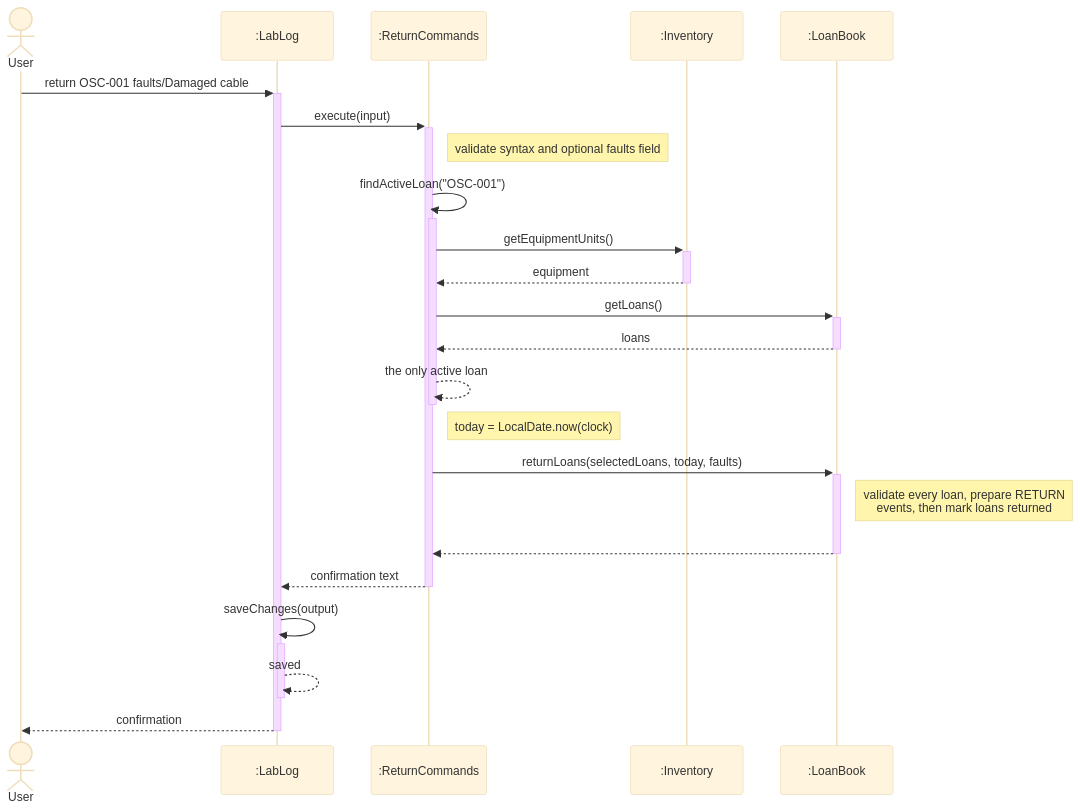
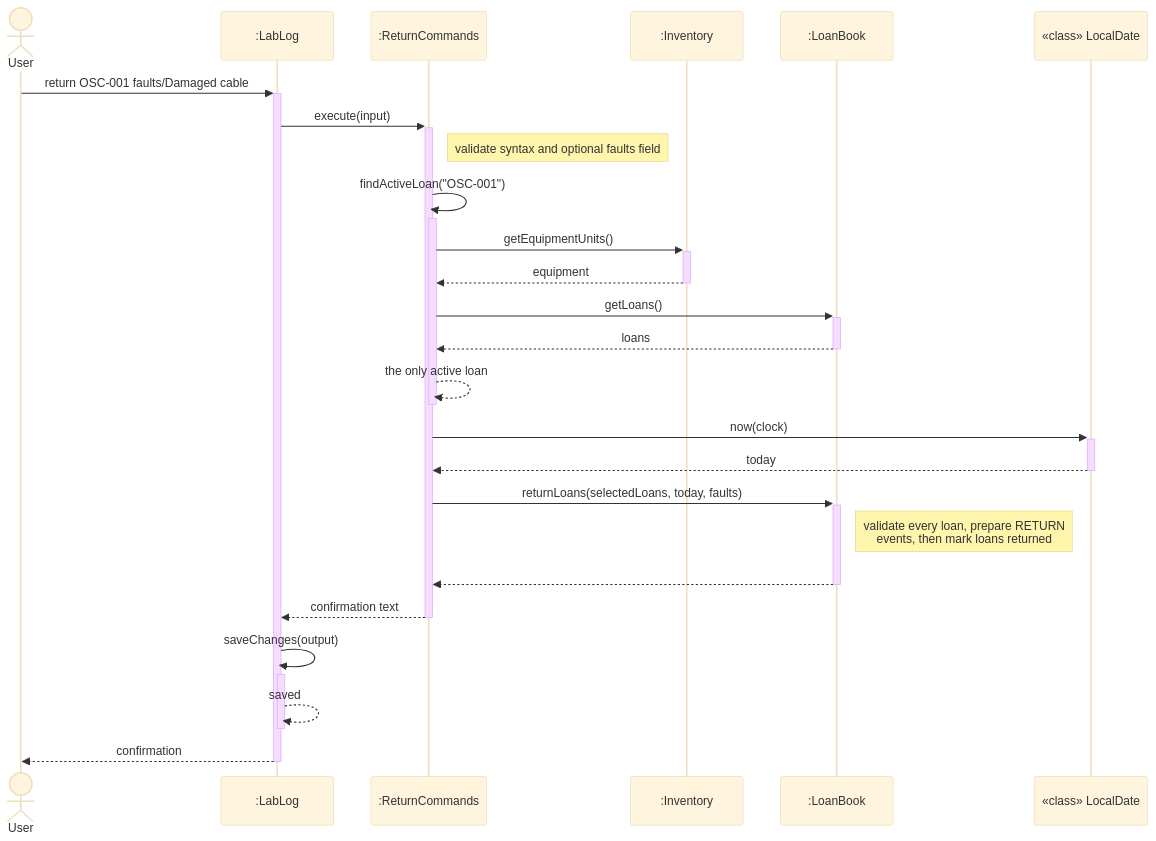
One commit to AY2627S1-CS2113-W13-3/tp changed diagram 11 of 12 in docs/DeveloperGuide.md. Above: the diagram before and after it, drawn with Mermaid (base theme). The commit also changed other lines of this file, not shown here.

First line of the commit message:
Docs: Align DG diagrams with course UML notation

````diff
--- a/docs/DeveloperGuide.md
+++ b/docs/DeveloperGuide.md
@@ -1103,25 +1118,27 @@
 ```mermaid
 sequenceDiagram
     actor User
     participant CLI as :LabLog
     participant Commands as :ReturnCommands
     participant Equipment as :Inventory
     participant Loans as :LoanBook
+    participant Date as «class» LocalDate
     User->>+CLI: return OSC-001 faults/Damaged cable
     CLI->>+Commands: execute(input)
     Note right of Commands: validate syntax and optional faults field
     Commands->>+Commands: findActiveLoan("OSC-001")
     Commands->>+Equipment: getEquipmentUnits()
     Equipment-->>-Commands: equipment
     Commands->>+Loans: getLoans()
     Loans-->>-Commands: loans
     Commands-->>-Commands: the only active loan
-    Note right of Commands: today = LocalDate.now(clock)
+    Commands->>+Date: now(clock)
+    Date-->>-Commands: today
     Commands->>+Loans: returnLoans(selectedLoans, today, faults)
     Note right of Loans: validate every loan, prepare RETURN<br/>events, then mark loans returned
     Loans-->>-Commands: #nbsp;
     Commands-->>-CLI: confirmation text
     CLI->>+CLI: saveChanges(output)
     CLI-->>-CLI: saved
     CLI-->>-User: confirmation
 ```
````
